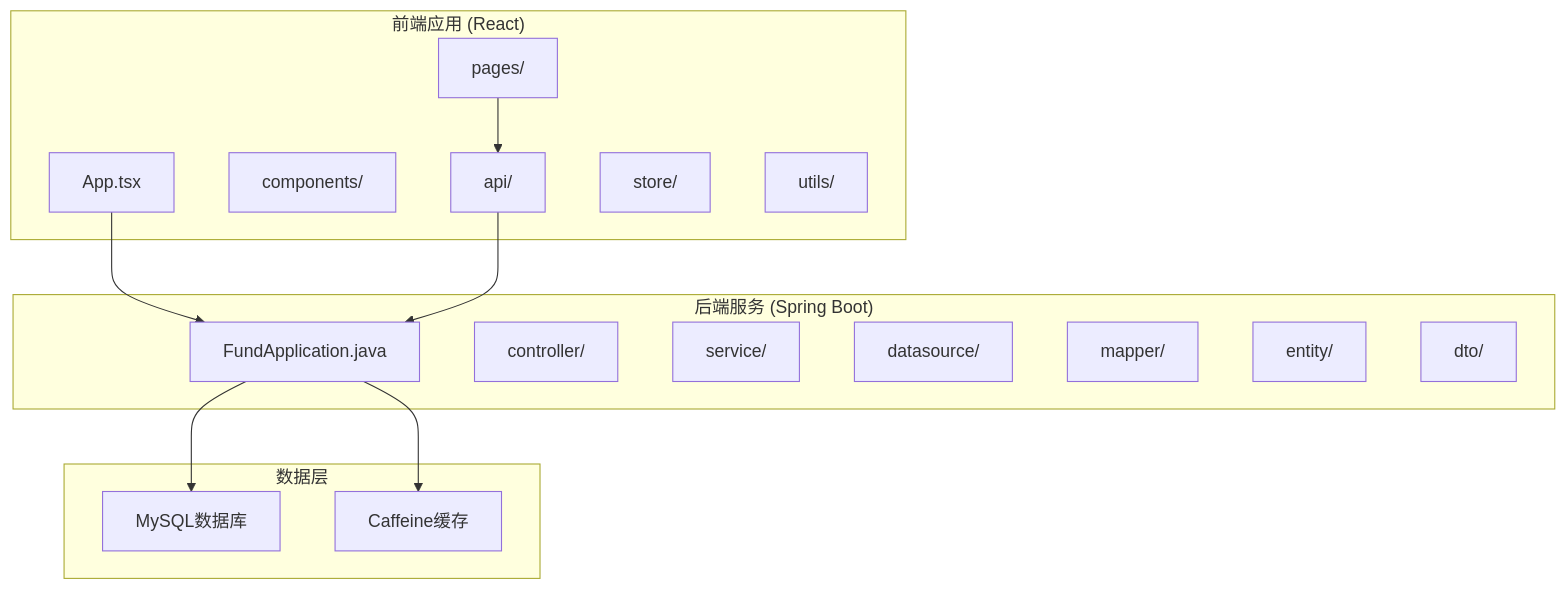
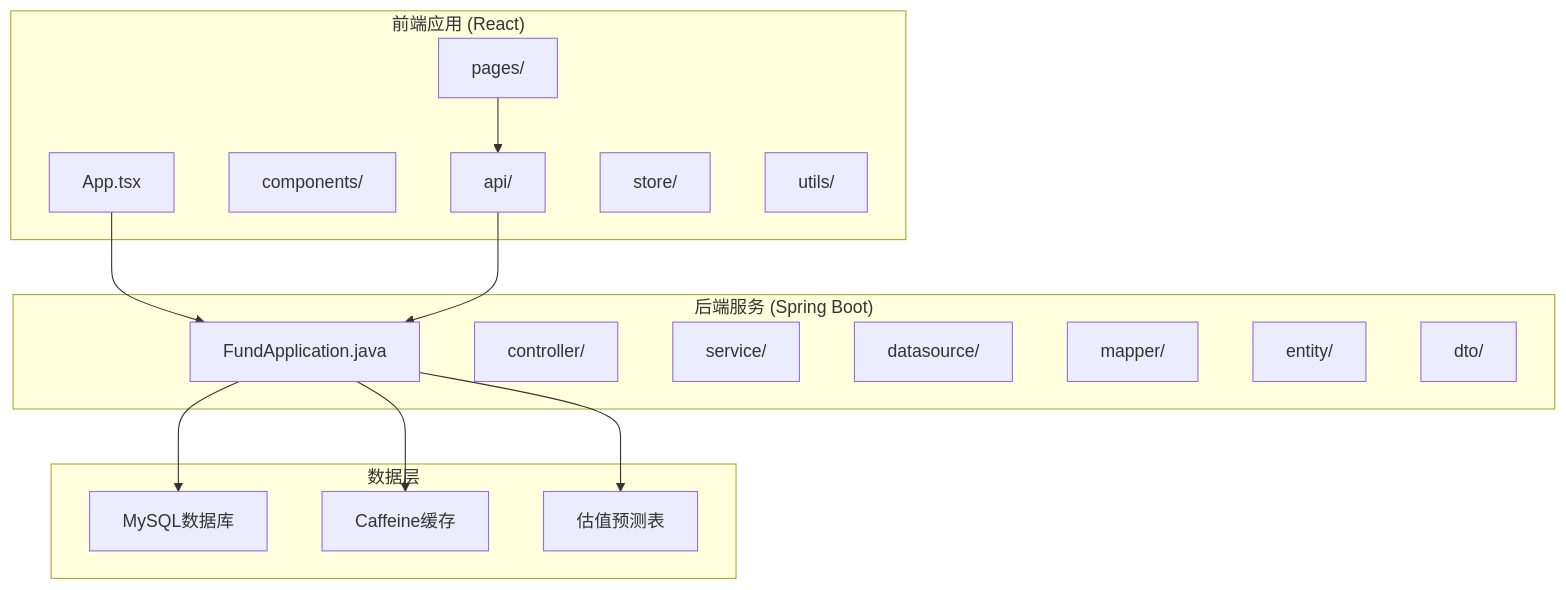
One commit to gree-coder/fund-butler changed the first of 11 diagrams in .qoder/repowiki/zh/content/核心功能开发/实时市场数据可视化.md. Above: the diagram before and after it, drawn with Mermaid. The commit also changed other lines of this file and 23 other files, not shown here.

````diff
--- a/.qoder/repowiki/zh/content/核心功能开发/实时市场数据可视化.md
+++ b/.qoder/repowiki/zh/content/核心功能开发/实时市场数据可视化.md
@@ -50,29 +66,31 @@
 ```mermaid
 graph TB
 subgraph "后端服务 (Spring Boot)"
 A[FundApplication.java]
 B[controller/]
 C[service/]
 D[datasource/]
 E[mapper/]
 F[entity/]
 G[dto/]
 end
 subgraph "前端应用 (React)"
 H[App.tsx]
 I[pages/]
 J[components/]
 K[api/]
 L[store/]
 M[utils/]
 end
 subgraph "数据层"
 N[MySQL数据库]
 O[Caffeine缓存]
+P[估值预测表]
 end
 H --> A
 I --> K
 K --> A
 A --> N
 A --> O
+A --> P
 ```
````
